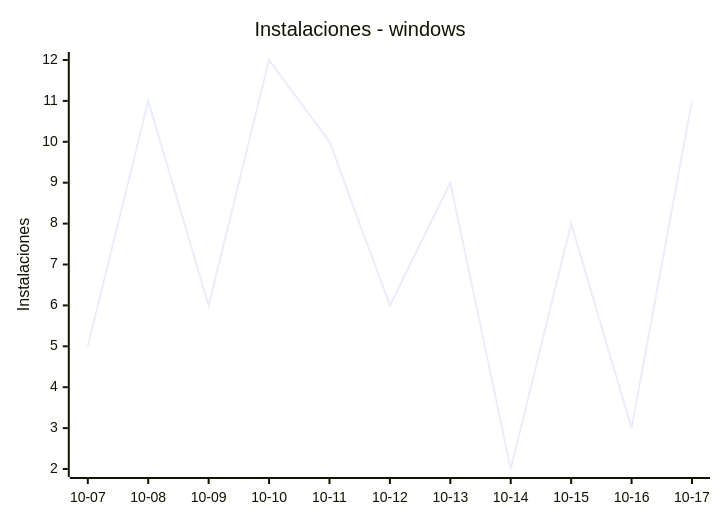
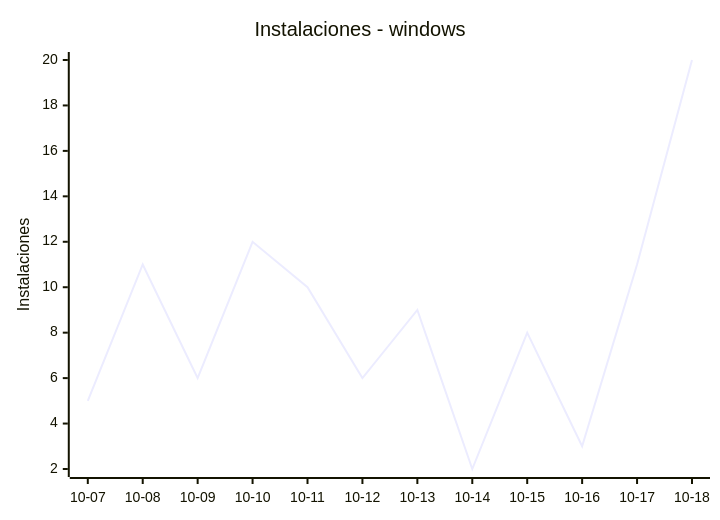
The sixth of 8 diagrams in README.md (EmuDeck/stats), drawn with Mermaid before and after one commit. The commit also changed other lines of this file and 2 other files, not shown here.

````diff
--- a/README.md
+++ b/README.md
@@ -68,7 +68,7 @@
 ```mermaid
 xychart-beta
     title "Instalaciones - windows"
-    x-axis ["10-07", "10-08", "10-09", "10-10", "10-11", "10-12", "10-13", "10-14", "10-15", "10-16", "10-17"]
+    x-axis ["10-07", "10-08", "10-09", "10-10", "10-11", "10-12", "10-13", "10-14", "10-15", "10-16", "10-17", "10-18"]
     y-axis "Instalaciones"
-    line [5, 11, 6, 12, 10, 6, 9, 2, 8, 3, 11]
+    line [5, 11, 6, 12, 10, 6, 9, 2, 8, 3, 11, 20]
 ```
````
